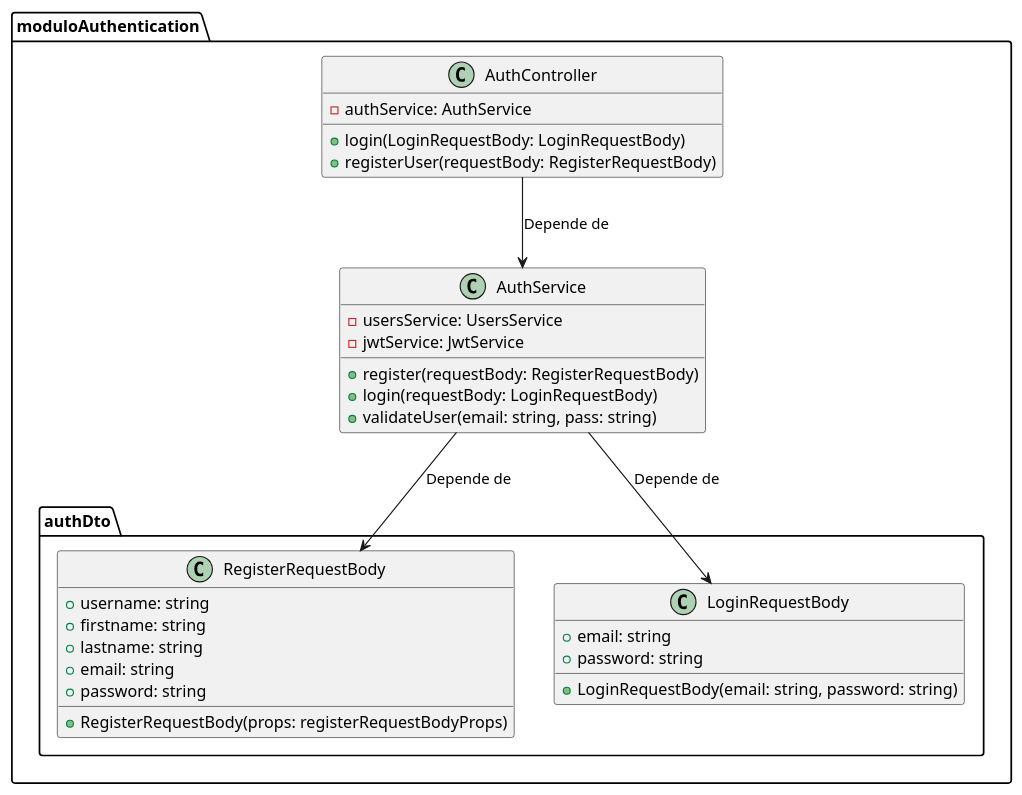
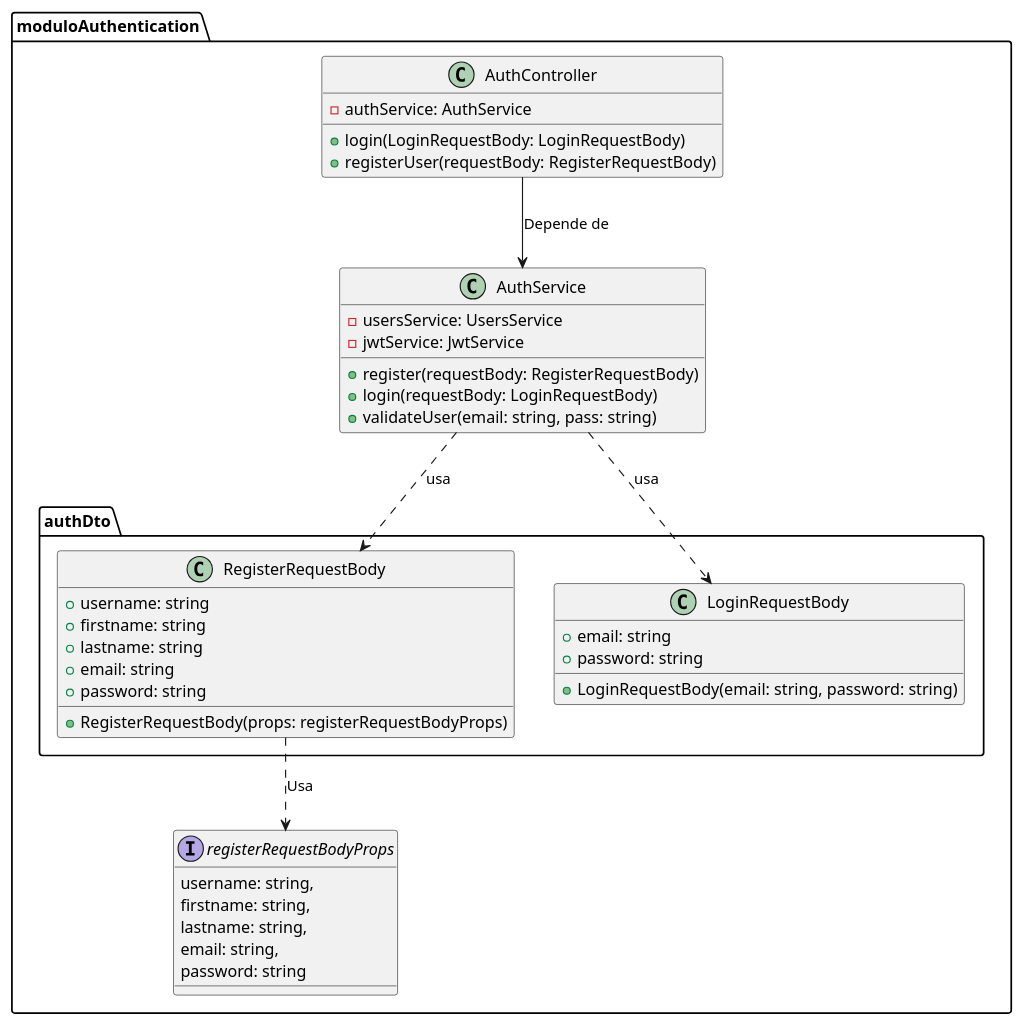
Before and after one commit to LucasFrey-tech/Biblioteca: the diagram in documentacion/Diagrama de Clases/auth/auth.puml, drawn with PlantUML. The commit also changed 18 other files, not shown here.

Commit message:
Diagramas

```diff
--- a/documentacion/Diagrama de Clases/auth/auth.puml
+++ b/documentacion/Diagrama de Clases/auth/auth.puml
@@ -1,45 +1,55 @@
 @startuml
 package moduloAuthentication {
     class AuthService {
         - usersService: UsersService
         - jwtService: JwtService
 
         + register(requestBody: RegisterRequestBody)
         + login(requestBody: LoginRequestBody)
         + validateUser(email: string, pass: string)
     }
 
     class AuthController {
         - authService: AuthService
 
         + login(LoginRequestBody: LoginRequestBody)
         + registerUser(requestBody: RegisterRequestBody)
     }
 
     package authDto {
         class RegisterRequestBody {
             + username: string
             + firstname: string
             + lastname: string
             + email: string
             + password: string
 
             + RegisterRequestBody(props: registerRequestBodyProps)
         }
 
             class LoginRequestBody {
             + email: string
             + password: string
 
             + LoginRequestBody(email: string, password: string)
         }
     }
+
+        interface registerRequestBodyProps {
+        username: string,
+        firstname: string,
+        lastname: string,
+        email: string,
+        password: string
+    }
+
 }
 
 ' Relaciones
 AuthController --> AuthService : Depende de
-AuthService --> LoginRequestBody : Depende de
-AuthService --> RegisterRequestBody : Depende de
+AuthService ..> LoginRequestBody : usa
+AuthService ..> RegisterRequestBody : usa
 
+RegisterRequestBody ..> registerRequestBodyProps : Usa
 
 @enduml
```
